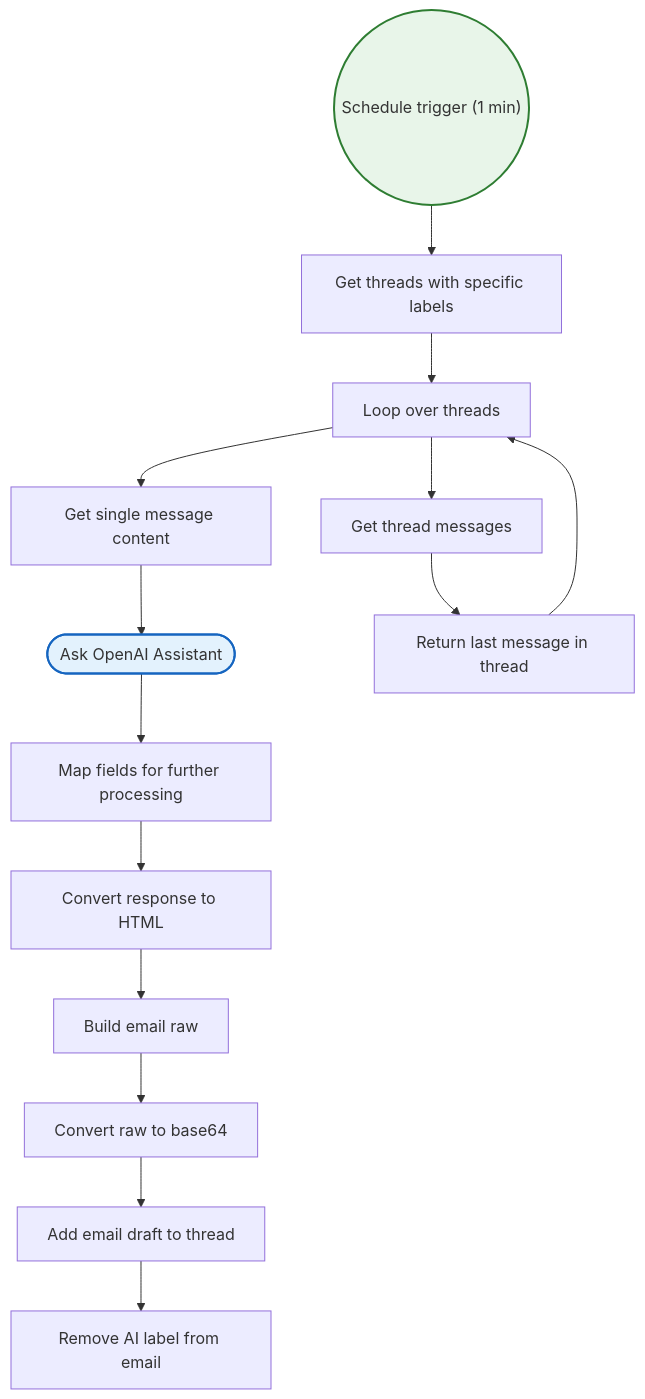
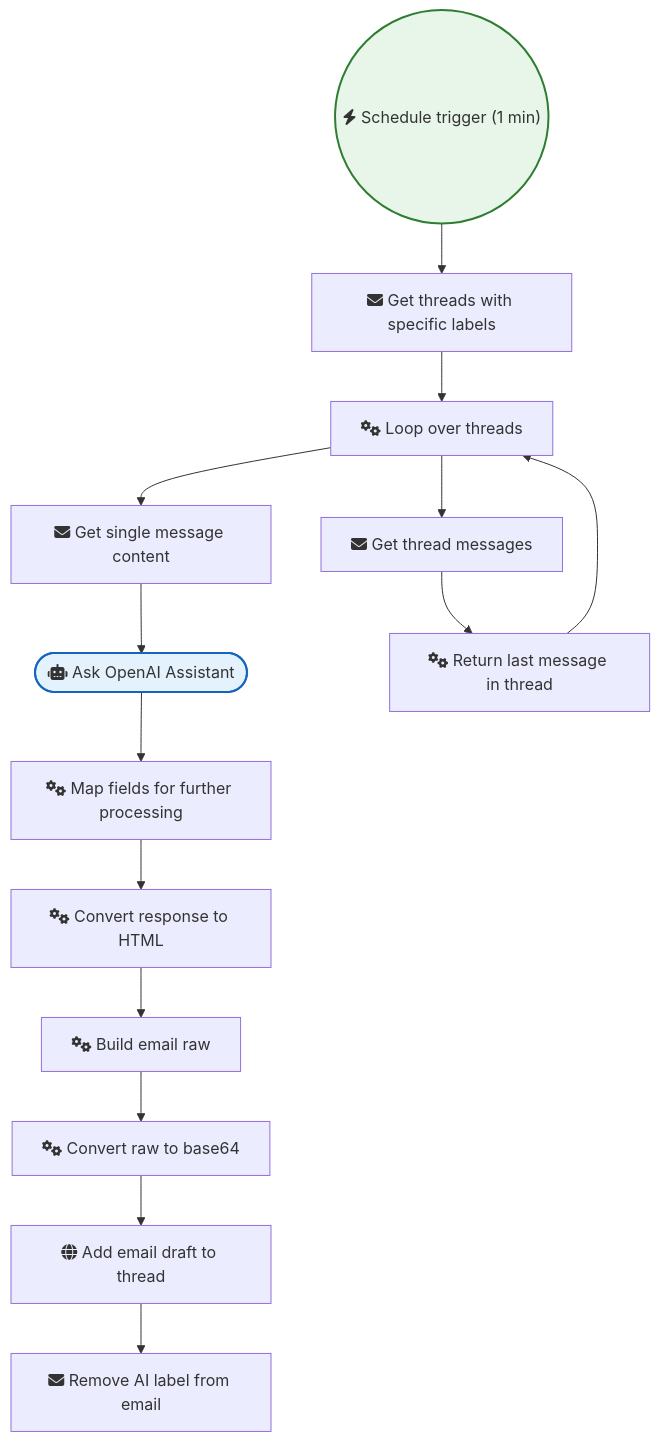
One commit to sreyash3105/N8N-DEMO-AUTOMATIONS changed the diagram in Gmail_and_Email_Automation/Compose reply draft in Gmail with OpenAI Assistant.md. Above: the diagram before and after it, drawn with Mermaid. The commit also changed 291 other files, not shown here.

````diff
--- a/Gmail_and_Email_Automation/Compose reply draft in Gmail with OpenAI Assistant.md
+++ b/Gmail_and_Email_Automation/Compose reply draft in Gmail with OpenAI Assistant.md
@@ -1,34 +1,34 @@
 ```mermaid
 graph TD
     classDef trigger fill:#e8f5e9,stroke:#2e7d32,stroke-width:2px;
     classDef ai fill:#e3f2fd,stroke:#1565c0,stroke-width:2px;
     classDef logic fill:#fff3e0,stroke:#ef6c00,stroke-width:2px;
 
-    Convert_raw_to_base64["Convert raw to base64"]
-    Add_email_draft_to_thread["Add email draft to thread"]
-    Remove_AI_label_from_email["Remove AI label from email"]
-    Schedule_trigger__1_min_(("Schedule trigger (1 min)")):::trigger
-    Map_fields_for_further_processing["Map fields for further processing"]
-    Convert_response_to_HTML["Convert response to HTML"]
-    Build_email_raw["Build email raw"]
-    Get_threads_with_specific_labels["Get threads with specific labels"]
-    Ask_OpenAI_Assistant(["Ask OpenAI Assistant"]):::ai
-    Loop_over_threads["Loop over threads"]
-    Get_thread_messages["Get thread messages"]
-    Return_last_message_in_thread["Return last message in thread"]
-    Get_single_message_content["Get single message content"]
+    Convert_raw_to_base64["fas:fa-cogs Convert raw to base64"]
+    Add_email_draft_to_thread["fas:fa-globe Add email draft to thread"]
+    Remove_AI_label_from_email["fas:fa-envelope Remove AI label from email"]
+    Schedule_trigger__1_min_(("fas:fa-bolt Schedule trigger (1 min)")):::trigger
+    Map_fields_for_further_processing["fas:fa-cogs Map fields for further processing"]
+    Convert_response_to_HTML["fas:fa-cogs Convert response to HTML"]
+    Build_email_raw["fas:fa-cogs Build email raw"]
+    Get_threads_with_specific_labels["fas:fa-envelope Get threads with specific labels"]
+    Ask_OpenAI_Assistant(["fas:fa-robot Ask OpenAI Assistant"]):::ai
+    Loop_over_threads["fas:fa-cogs Loop over threads"]
+    Get_thread_messages["fas:fa-envelope Get thread messages"]
+    Return_last_message_in_thread["fas:fa-cogs Return last message in thread"]
+    Get_single_message_content["fas:fa-envelope Get single message content"]
 
     Build_email_raw --> Convert_raw_to_base64
     Loop_over_threads --> Get_single_message_content
     Loop_over_threads --> Get_thread_messages
     Get_thread_messages --> Return_last_message_in_thread
     Ask_OpenAI_Assistant --> Map_fields_for_further_processing
     Convert_raw_to_base64 --> Add_email_draft_to_thread
     Convert_response_to_HTML --> Build_email_raw
     Schedule_trigger__1_min_ --> Get_threads_with_specific_labels
     Add_email_draft_to_thread --> Remove_AI_label_from_email
     Get_single_message_content --> Ask_OpenAI_Assistant
     Return_last_message_in_thread --> Loop_over_threads
     Get_threads_with_specific_labels --> Loop_over_threads
     Map_fields_for_further_processing --> Convert_response_to_HTML
 ```
````
